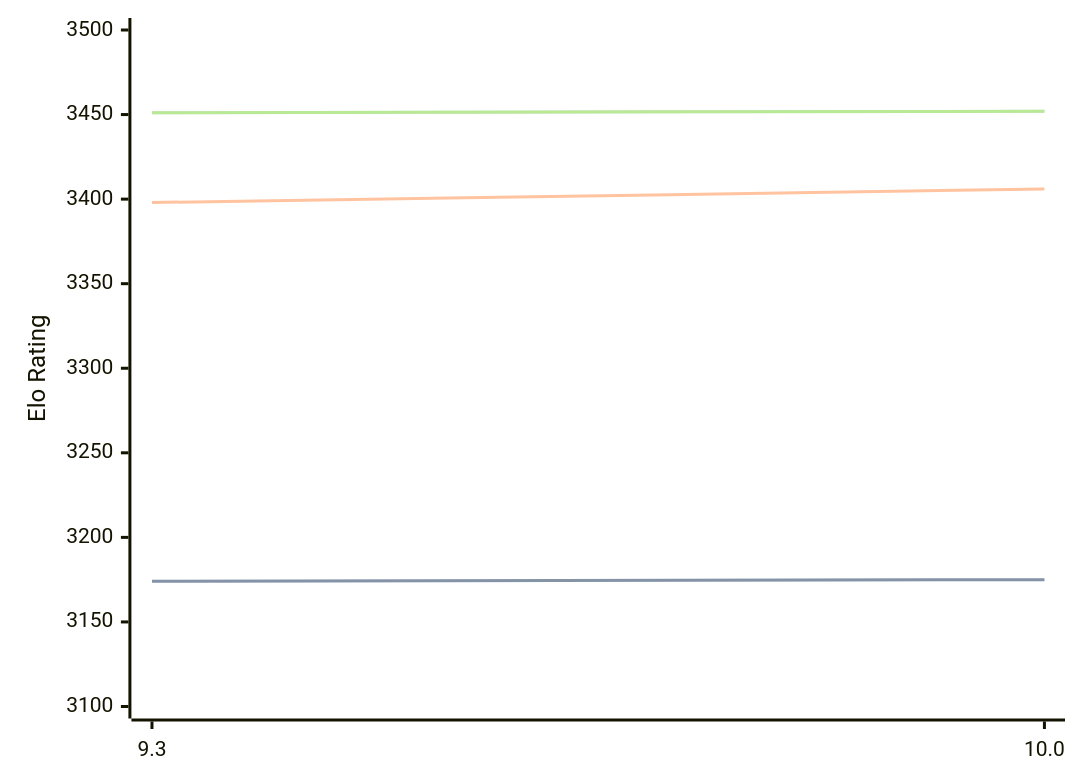
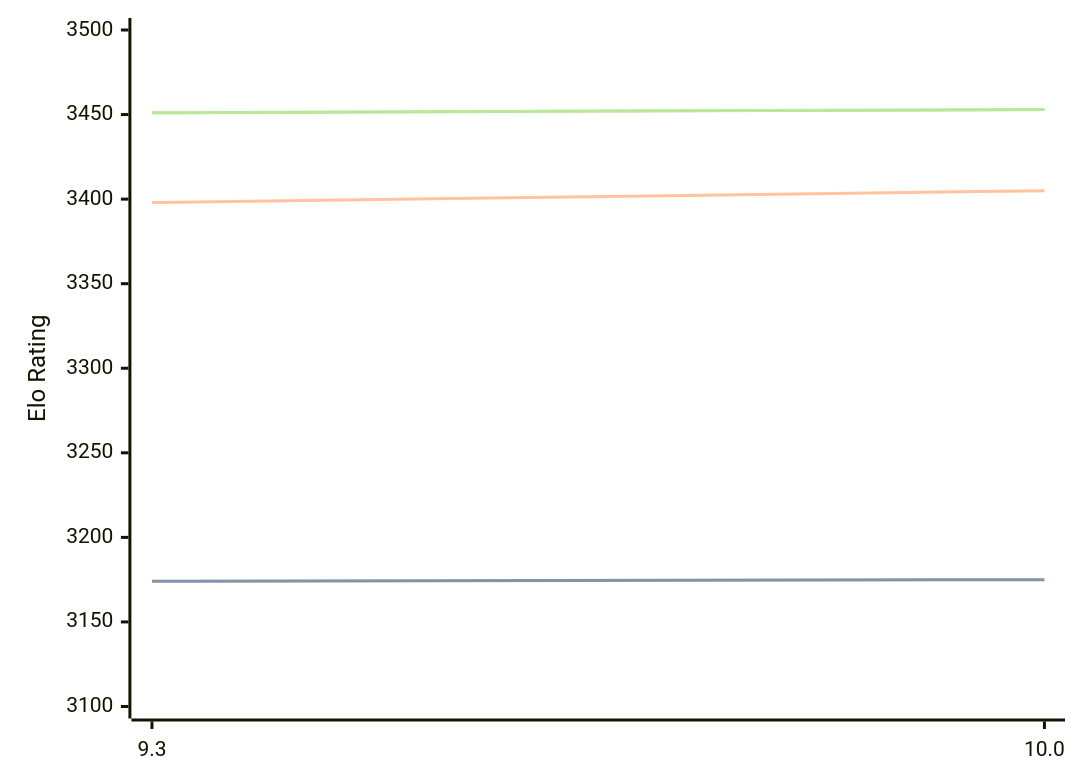
The diagram in engines/Fire.md (computer-chess-index/cci), drawn with Mermaid before and after one commit. The commit also changed other lines of this file, not shown here.

Commit message:
Update CCI Ratings (ELO VLTC) - 2026-03-19

````diff
--- a/engines/Fire.md
+++ b/engines/Fire.md
@@ -45,11 +47,11 @@
 ```mermaid
 %%{init: {"theme":"base","themeVariables":{"seriesColors:['#a3a3a3','#222221','#faa371']}}}%%
 xychart-beta
   x-axis ["9.3", "10.0"]
   y-axis "Elo Rating" 3100 --> 3500
   line "STC (8.0+0.08s)" [3174, 3175]
   line "STC (8.0+0.08s)" [3174, 3175]
-  line "LTC (60.0+0.60s)" [3398, 3406]
-  line "VLTC (2m24s+1.12s)" [3451, 3452]
-  line "VLTC (2m24s+1.12s)" [3451, 3452]
+  line "LTC (60.0+0.60s)" [3398, 3405]
+  line "VLTC (2m24s+1.12s)" [3451, 3453]
+  line "VLTC (2m24s+1.12s)" [3451, 3453]
 ```
````
